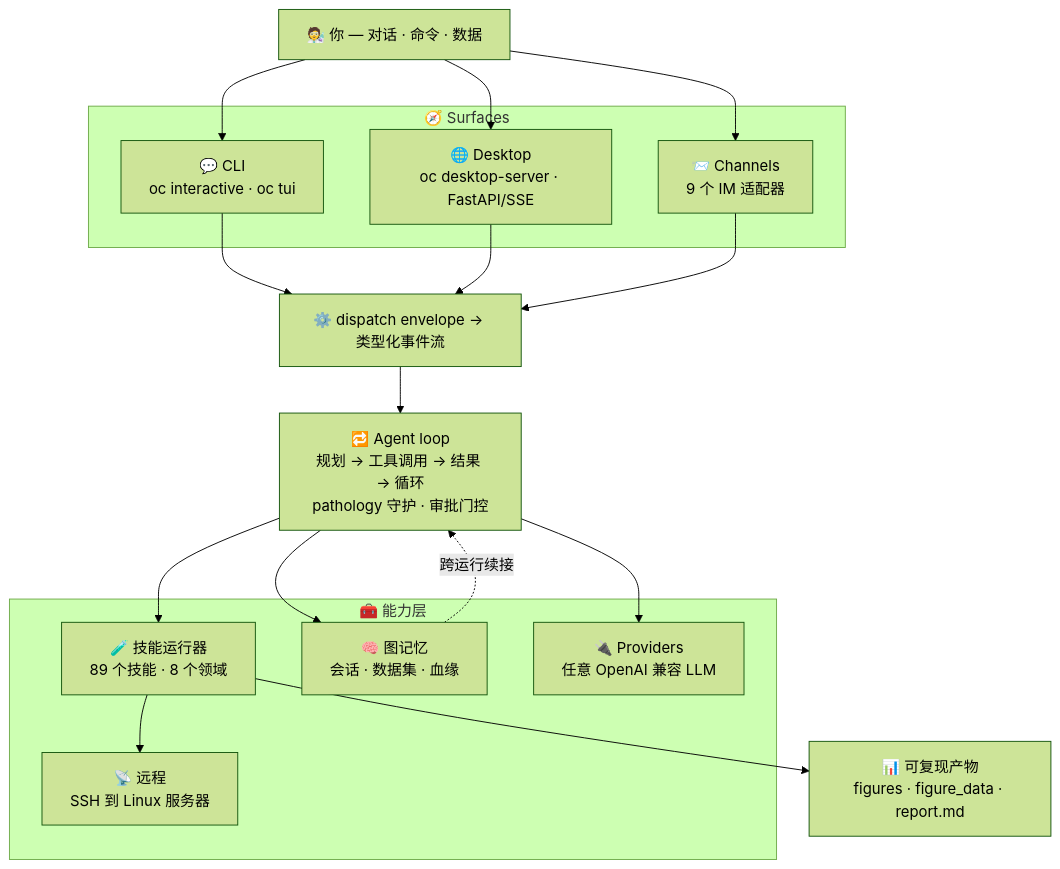
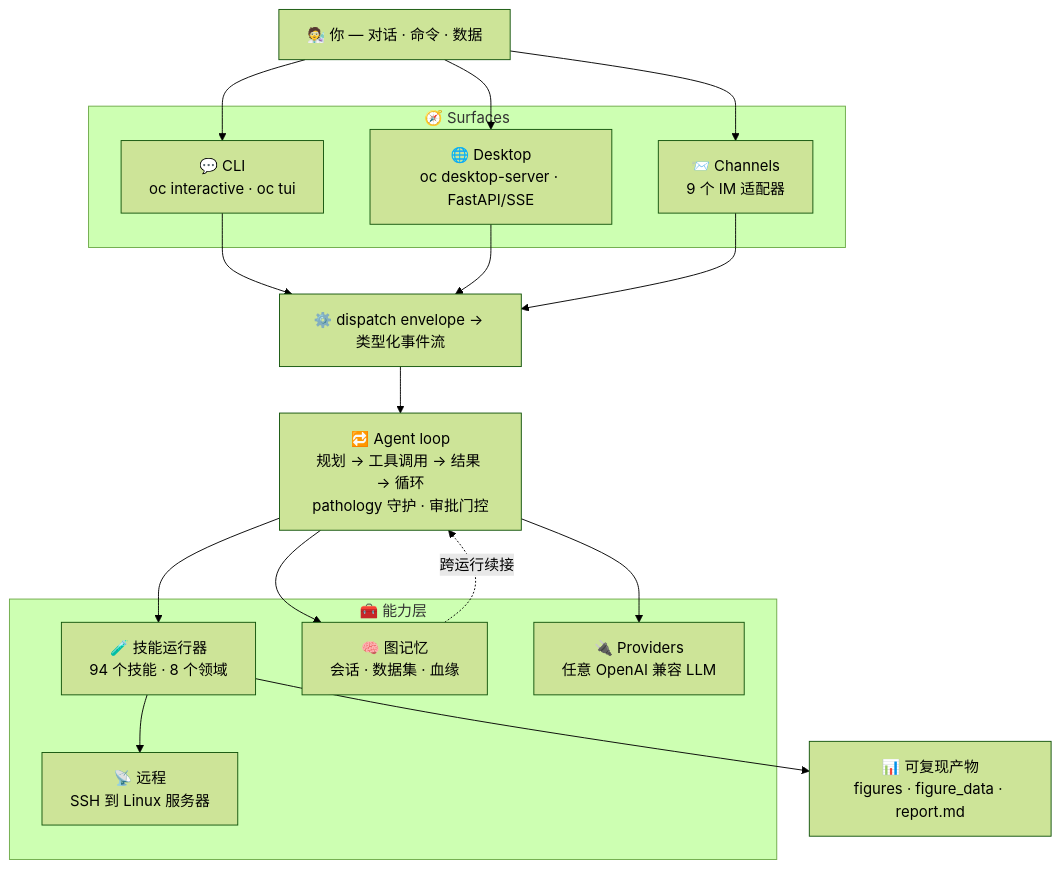
Before and after one commit to zhou-1314/OmicsClaw: the diagram in README_zh-CN.md, drawn with Mermaid (forest theme). The commit also changed other lines of this file and 93 other files, not shown here.

````diff
--- a/README_zh-CN.md
+++ b/README_zh-CN.md
@@ -116,32 +116,32 @@
 ```mermaid
 flowchart TD
     U["🧑‍🔬 你 — 对话 · 命令 · 数据"]
 
     subgraph Surfaces["🧭 Surfaces"]
         CLI["💬 CLI<br/>oc interactive · oc tui"]
         DESK["🌐 Desktop<br/>oc desktop-server · FastAPI/SSE"]
         CHAN["📨 Channels<br/>9 个 IM 适配器"]
     end
 
     DISPATCH["⚙️ dispatch envelope → 类型化事件流"]
     LOOP["🔁 Agent loop<br/>规划 → 工具调用 → 结果 → 循环<br/>pathology 守护 · 审批门控"]
 
     subgraph Capabilities["🧰 能力层"]
-        SKILLS["🧪 技能运行器<br/>89 个技能 · 8 个领域"]
+        SKILLS["🧪 技能运行器<br/>94 个技能 · 8 个领域"]
         MEMORY["🧠 图记忆<br/>会话 · 数据集 · 血缘"]
         PROV["🔌 Providers<br/>任意 OpenAI 兼容 LLM"]
         REMOTE["📡 远程<br/>SSH 到 Linux 服务器"]
     end
 
     OUT["📊 可复现产物<br/>figures · figure_data · report.md"]
 
     U --> CLI & DESK & CHAN
     CLI --> DISPATCH
     DESK --> DISPATCH
     CHAN --> DISPATCH
     DISPATCH --> LOOP
     LOOP --> SKILLS & MEMORY & PROV
     SKILLS --> REMOTE
     SKILLS --> OUT
     MEMORY -. 跨运行续接 .-> LOOP
 ```
````
